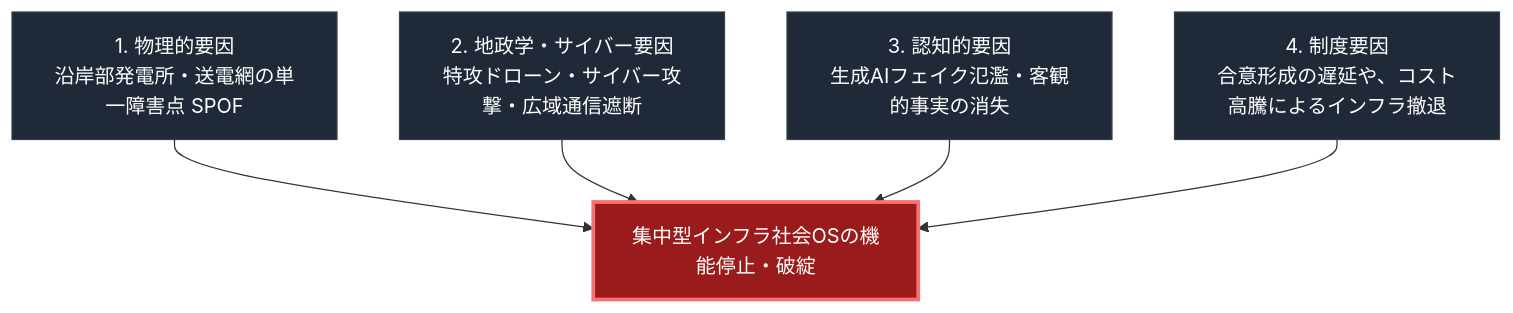
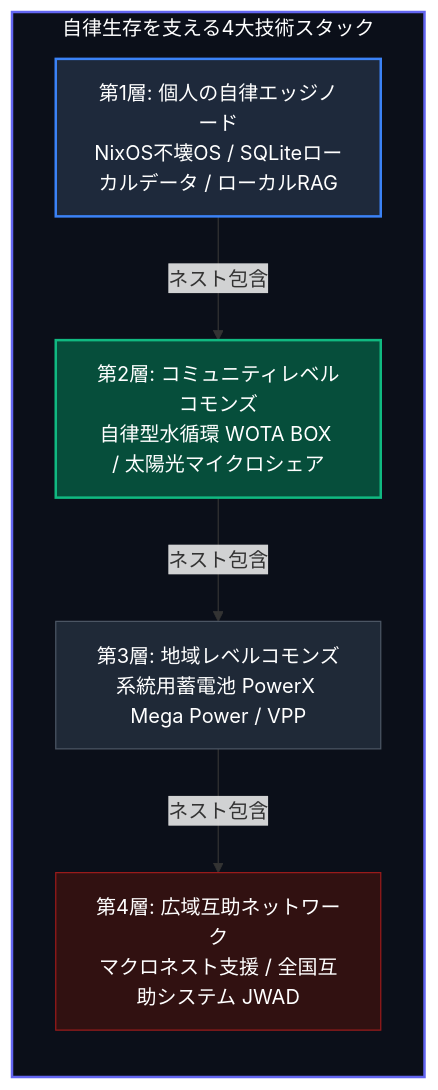
Before and after one commit to Takenori-Kusaka/zenn-content: the second of 2 diagrams in books/sovereign-resilience-blueprint/00_tldr.md, drawn with Mermaid. The commit also changed other lines of this file, not shown here.

First line of the commit message:
feat(books): deploy vertical-scroll compliant diagrams and explanations in Chapter 0

````diff
--- a/books/sovereign-resilience-blueprint/00_tldr.md
+++ b/books/sovereign-resilience-blueprint/00_tldr.md
@@ -37,15 +54,20 @@
 ```mermaid
 flowchart TD
-    Core[集中型インフラ社会OSの機能停止・破綻]
-    
-    C1[1. 物理的要因<br>沿岸部発電所・送電網の単一障害点 SPOF] --> Core
-    C2[2. 地政学・サイバー要因<br>特攻ドローン・サイバー攻撃・広域通信遮断] --> Core
-    C3[3. 認知的要因<br>生成AIフェイク氾濫・客観的事実の消失] --> Core
-    C4[4. 制度要因<br>合意形成の遅延や、コスト高騰によるインフラ撤退] --> Core
-    
-    style Core fill:#991b1b,stroke:#f87171,stroke-width:3px,color:#fff
-    style C1 fill:#1f2937,stroke:#374151,color:#fff
-    style C2 fill:#1f2937,stroke:#374151,color:#fff
-    style C3 fill:#1f2937,stroke:#374151,color:#fff
-    style C4 fill:#1f2937,stroke:#374151,color:#fff
+    subgraph Stack [自律生存を支える4大技術スタック]
+        direction TB
+        L4[第4層: 広域互助ネットワーク<br>マクロネスト支援 / 全国互助システム JWAD]
+        L3[第3層: 地域レベルコモンズ<br>系統用蓄電池 PowerX Mega Power / VPP]
+        L2[第2層: コミュニティレベルコモンズ<br>自律型水循環 WOTA BOX / 太陽光マイクロシェア]
+        L1[第1層: 個人の自律エッジノード<br>NixOS不壊OS / SQLiteローカルデータ / ローカルRAG]
+
+        L1 -->|ネスト包含| L2
+        L2 -->|ネスト包含| L3
+        L3 -->|ネスト包含| L4
+    end
+
+    style Stack fill:#0b0f19,stroke:#6366f1,stroke-width:2px,color:#fff
+    style L1 fill:#1e293b,stroke:#3b82f6,stroke-width:2px,color:#fff
+    style L2 fill:#064e3b,stroke:#10b981,stroke-width:2px,color:#fff
+    style L3 fill:#1f2937,stroke:#4b5563,color:#fff
+    style L4 fill:#311111,stroke:#991b1b,color:#fff
 ```
````
